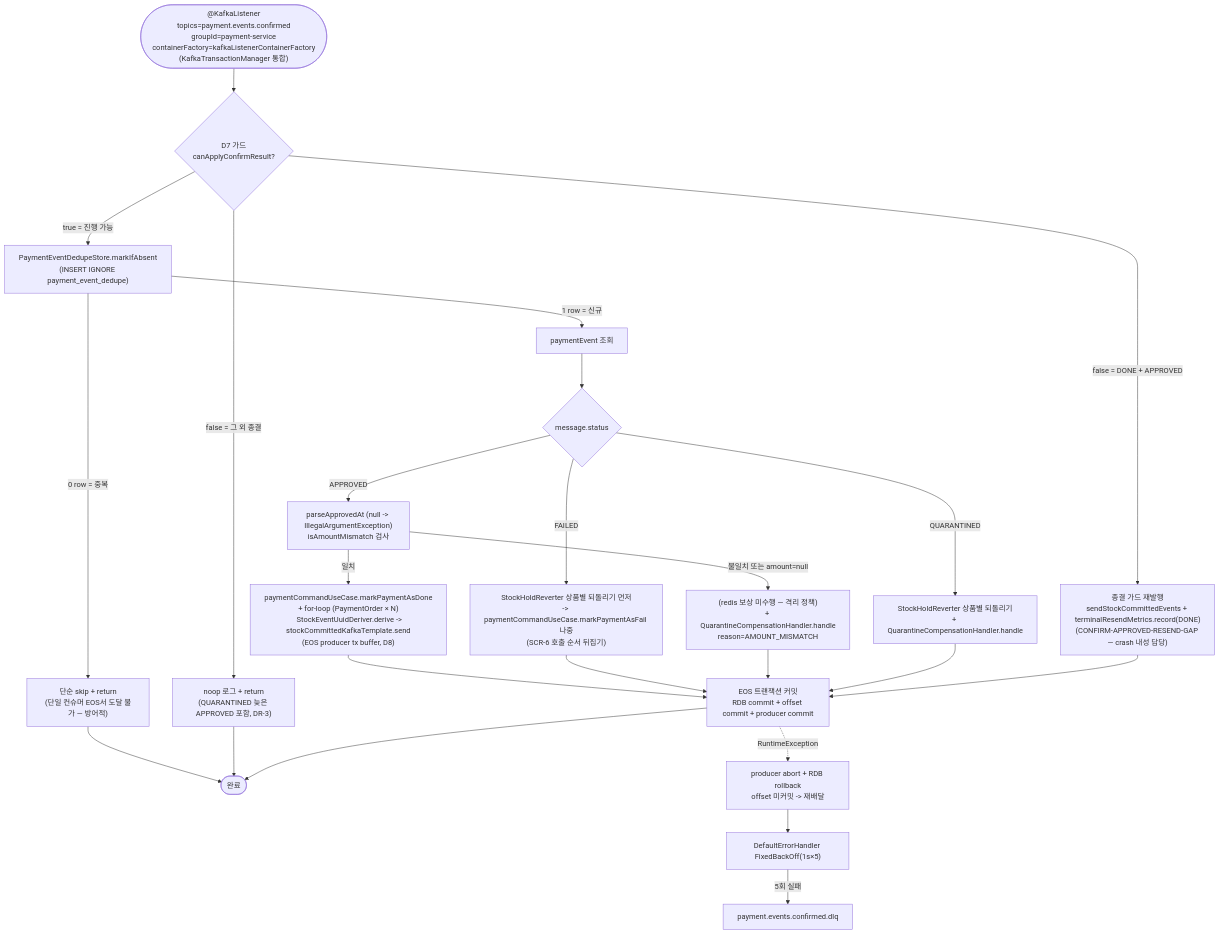
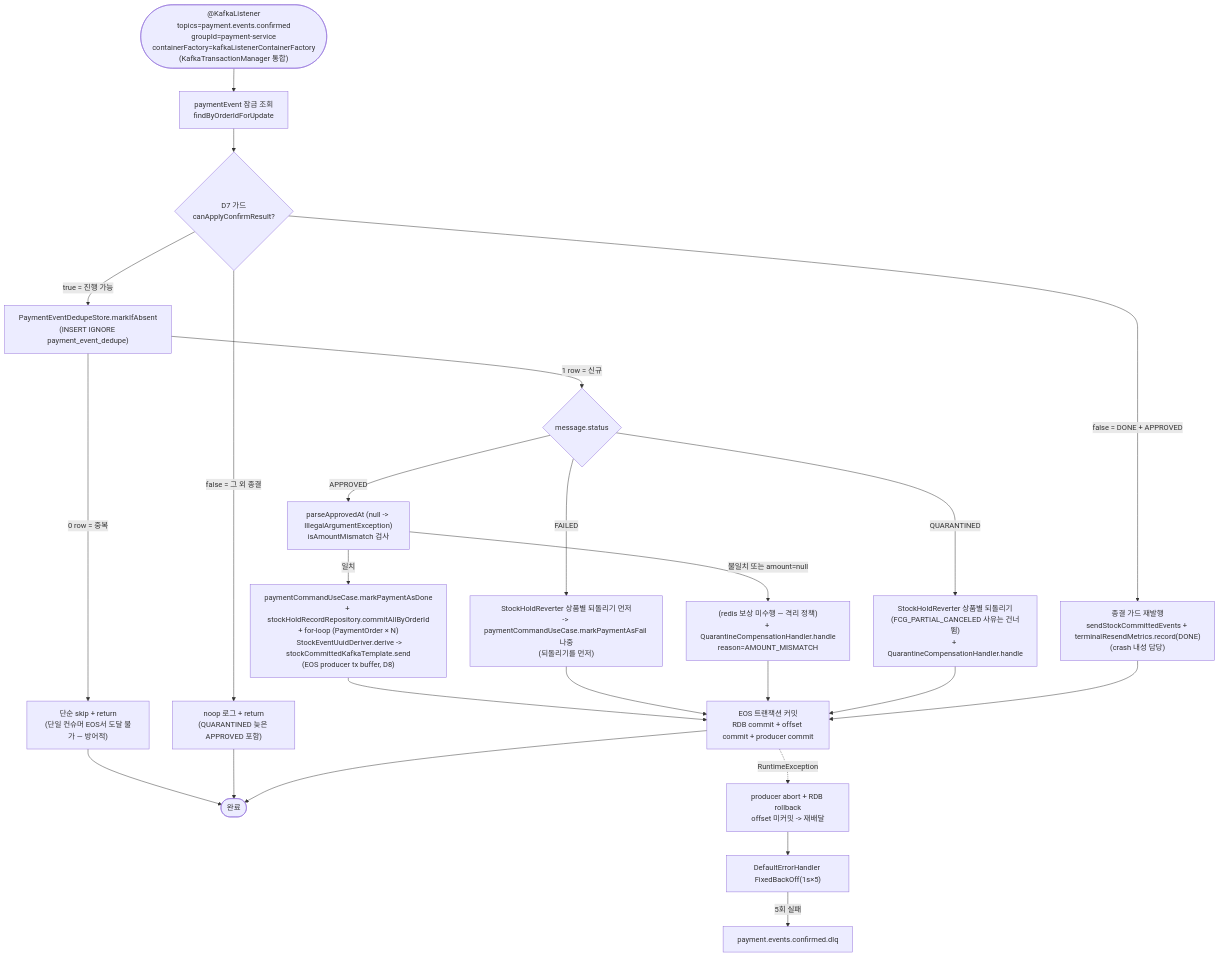
Before and after one commit to hyoguoo/payment-platform: the fourth of 8 diagrams in docs/context/CONFIRM-FLOW.md, drawn with Mermaid. The commit also changed other lines of this file and 7 other files, not shown here.

````diff
--- a/docs/context/CONFIRM-FLOW.md
+++ b/docs/context/CONFIRM-FLOW.md
@@ -124,33 +125,33 @@
 ```mermaid
 flowchart TD
-    KC(["@KafkaListener<br/>topics=payment.events.confirmed<br/>groupId=payment-service<br/>containerFactory=kafkaListenerContainerFactory<br/>(KafkaTransactionManager 통합)"]) --> GUARD{"D7 가드<br/>canApplyConfirmResult?"}
+    KC(["@KafkaListener<br/>topics=payment.events.confirmed<br/>groupId=payment-service<br/>containerFactory=kafkaListenerContainerFactory<br/>(KafkaTransactionManager 통합)"]) --> LOAD["paymentEvent 잠금 조회<br/>findByOrderIdForUpdate"]
+    LOAD --> GUARD{"D7 가드<br/>canApplyConfirmResult?"}
 
-    GUARD -->|false = DONE + APPROVED| RESEND_T["종결 가드 재발행<br/>sendStockCommittedEvents + terminalResendMetrics.record(DONE)<br/>(CONFIRM-APPROVED-RESEND-GAP — crash 내성 담당)"]
-    GUARD -->|false = 그 외 종결| NOOP["noop 로그 + return<br/>(QUARANTINED 늦은 APPROVED 포함, DR-3)"]
+    GUARD -->|false = DONE + APPROVED| RESEND_T["종결 가드 재발행<br/>sendStockCommittedEvents + terminalResendMetrics.record(DONE)<br/>(crash 내성 담당)"]
+    GUARD -->|false = 그 외 종결| NOOP["noop 로그 + return<br/>(QUARANTINED 늦은 APPROVED 포함)"]
     GUARD -->|true = 진행 가능| DEDUPE["PaymentEventDedupeStore.markIfAbsent<br/>(INSERT IGNORE payment_event_dedupe)"]
 
     DEDUPE -->|0 row = 중복| RESEND["단순 skip + return<br/>(단일 컨슈머 EOS서 도달 불가 — 방어적)"]
-    DEDUPE -->|1 row = 신규| LOAD[paymentEvent 조회]
-    LOAD --> SW{message.status}
+    DEDUPE -->|1 row = 신규| SW{message.status}
 
     SW -->|APPROVED| AMT["parseApprovedAt (null -> IllegalArgumentException)<br/>isAmountMismatch 검사"]
     AMT -->|불일치 또는 amount=null| QU_AM["(redis 보상 미수행 — 격리 정책)<br/>+ QuarantineCompensationHandler.handle<br/>reason=AMOUNT_MISMATCH"]
-    AMT -->|일치| DONE_OK["paymentCommandUseCase.markPaymentAsDone<br/>+ for-loop (PaymentOrder × N)<br/>  StockEventUuidDeriver.derive -> stockCommittedKafkaTemplate.send<br/>(EOS producer tx buffer, D8)"]
+    AMT -->|일치| DONE_OK["paymentCommandUseCase.markPaymentAsDone<br/>+ stockHoldRecordRepository.commitAllByOrderId<br/>+ for-loop (PaymentOrder × N)<br/>  StockEventUuidDeriver.derive -> stockCommittedKafkaTemplate.send<br/>(EOS producer tx buffer, D8)"]
 
-    SW -->|FAILED| FAIL_OK["StockHoldReverter 상품별 되돌리기 먼저<br/>-> paymentCommandUseCase.markPaymentAsFail 나중<br/>(SCR-6 호출 순서 뒤집기)"]
+    SW -->|FAILED| FAIL_OK["StockHoldReverter 상품별 되돌리기 먼저<br/>-> paymentCommandUseCase.markPaymentAsFail 나중<br/>(되돌리기를 먼저)"]
 
-    SW -->|QUARANTINED| QU_PG["StockHoldReverter 상품별 되돌리기<br/>+ QuarantineCompensationHandler.handle"]
+    SW -->|QUARANTINED| QU_PG["StockHoldReverter 상품별 되돌리기<br/>(FCG_PARTIAL_CANCELED 사유는 건너뜀)<br/>+ QuarantineCompensationHandler.handle"]
 
     DONE_OK --> COMMIT["EOS 트랜잭션 커밋<br/>RDB commit + offset commit + producer commit"]
     FAIL_OK --> COMMIT
     QU_AM --> COMMIT
     QU_PG --> COMMIT
     RESEND_T --> COMMIT
     RESEND --> END([완료])
     NOOP --> END
     COMMIT --> END
 
     COMMIT -.->|RuntimeException| ABORT["producer abort + RDB rollback<br/>offset 미커밋 -> 재배달"]
     ABORT --> RETRY["DefaultErrorHandler FixedBackOff(1s×5)"]
     RETRY -->|5회 실패| DLQ["payment.events.confirmed.dlq"]
 ```
````
